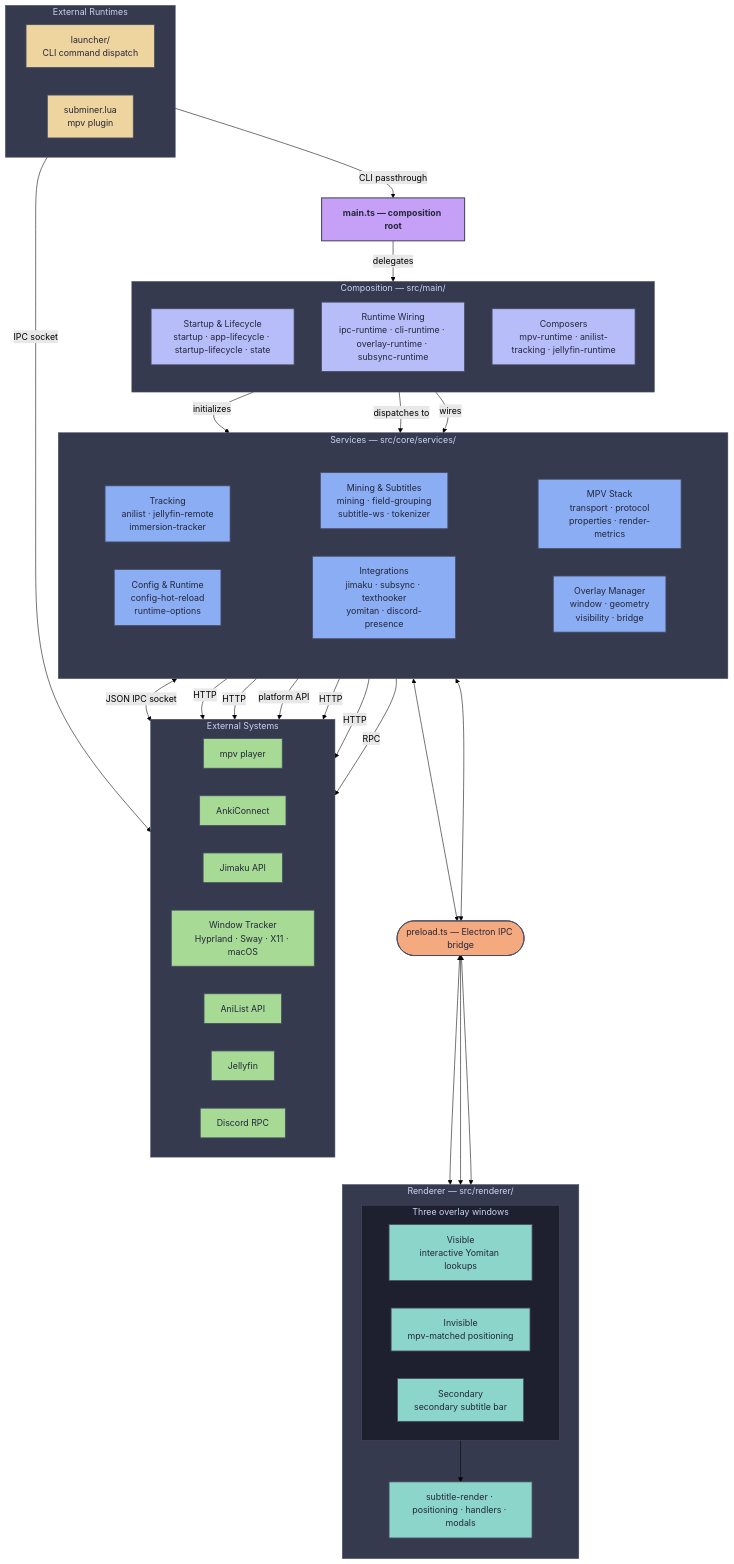
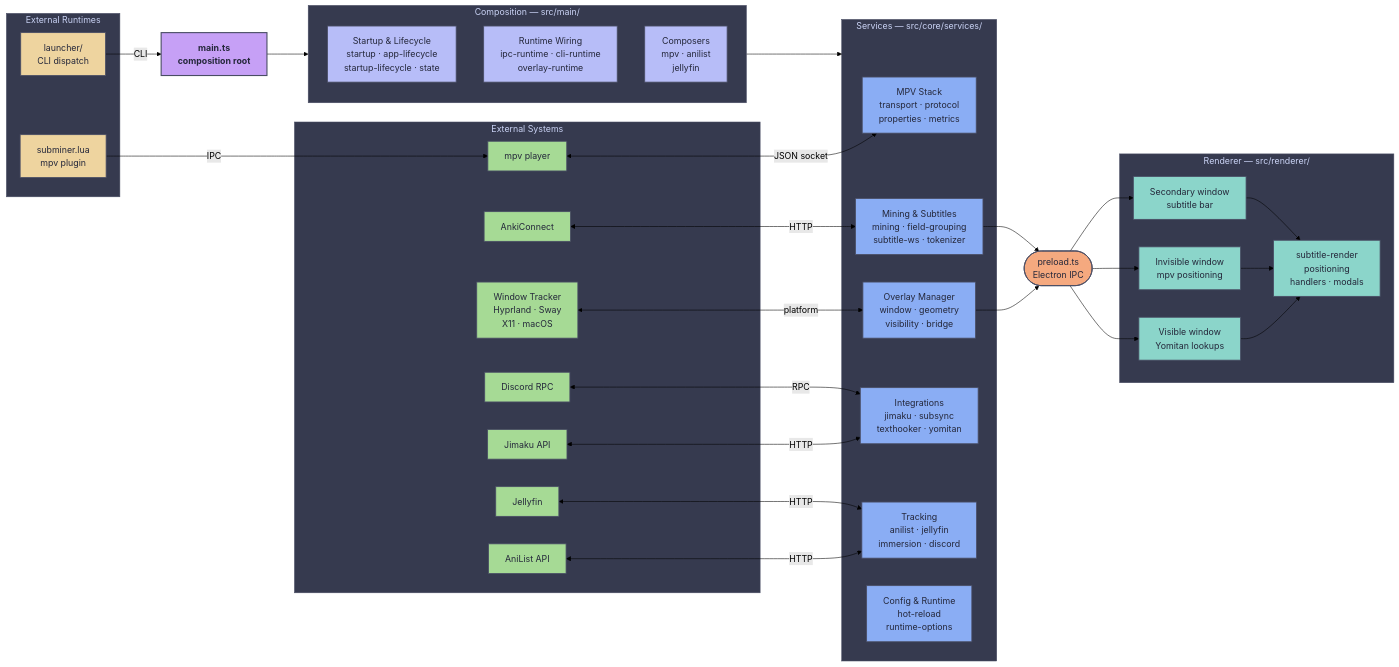
The first of 2 diagrams in docs/architecture.md (ksyasuda/SubMiner), drawn with Mermaid (forest theme) before and after one commit. The commit also changed 5 other files, not shown here.

````diff
--- a/docs/architecture.md
+++ b/docs/architecture.md
@@ -130,5 +130,5 @@
 ```mermaid
-flowchart TD
+flowchart LR
   classDef entry fill:#c6a0f6,stroke:#494d64,color:#24273a,stroke-width:2px,font-weight:bold
   classDef comp fill:#b7bdf8,stroke:#494d64,color:#24273a,stroke-width:1.5px
   classDef svc fill:#8aadf4,stroke:#494d64,color:#24273a,stroke-width:1.5px
@@ -137,94 +137,70 @@
   classDef ext fill:#a6da95,stroke:#494d64,color:#24273a,stroke-width:1.5px
   classDef extrt fill:#eed49f,stroke:#494d64,color:#24273a,stroke-width:1.5px
 
-  Main["main.ts — composition root"]:::entry
-
-  subgraph Comp["Composition — src/main/"]
-    direction TB
-    Startup["Startup & Lifecycle<br/>startup · app-lifecycle · startup-lifecycle · state"]:::comp
-    Wiring["Runtime Wiring<br/>ipc-runtime · cli-runtime · overlay-runtime · subsync-runtime"]:::comp
-    Composers["Composers<br/>mpv-runtime · anilist-tracking · jellyfin-runtime"]:::comp
-  end
-
-  subgraph Svc["Services — src/core/services/"]
-    direction TB
-    subgraph SvcRow1[" "]
-      direction LR
-      Mpv["MPV Stack<br/>transport · protocol<br/>properties · render-metrics"]:::svc
-      Overlay["Overlay Manager<br/>window · geometry<br/>visibility · bridge"]:::svc
-    end
-    subgraph SvcRow2[" "]
-      direction LR
-      Mining["Mining & Subtitles<br/>mining · field-grouping<br/>subtitle-ws · tokenizer"]:::svc
-      Integrations["Integrations<br/>jimaku · subsync · texthooker<br/>yomitan · discord-presence"]:::svc
-    end
-    subgraph SvcRow3[" "]
-      direction LR
-      Tracking["Tracking<br/>anilist · jellyfin-remote<br/>immersion-tracker"]:::svc
-      Config["Config & Runtime<br/>config-hot-reload<br/>runtime-options"]:::svc
-    end
-  end
-
-  Bridge(["preload.ts — Electron IPC bridge"]):::bridge
-
-  subgraph Rend["Renderer — src/renderer/"]
-    direction TB
-    subgraph Windows["Three overlay windows"]
-      direction LR
-      Visible["Visible<br/>interactive Yomitan lookups"]:::rend
-      Invisible["Invisible<br/>mpv-matched positioning"]:::rend
-      Secondary["Secondary<br/>secondary subtitle bar"]:::rend
-    end
-    UI["subtitle-render · positioning · handlers · modals"]:::rend
+  subgraph ExtRt["External Runtimes"]
+    Launcher["launcher/<br/>CLI dispatch"]:::extrt
+    Plugin["subminer.lua<br/>mpv plugin"]:::extrt
   end
 
   subgraph Ext["External Systems"]
-    direction LR
     mpvExt["mpv player"]:::ext
     AnkiExt["AnkiConnect"]:::ext
     JimakuExt["Jimaku API"]:::ext
-    TrackerExt["Window Tracker<br/>Hyprland · Sway · X11 · macOS"]:::ext
+    TrackerExt["Window Tracker<br/>Hyprland · Sway<br/>X11 · macOS"]:::ext
     AnilistExt["AniList API"]:::ext
     JellyfinExt["Jellyfin"]:::ext
     DiscordExt["Discord RPC"]:::ext
   end
 
-  subgraph ExtRt["External Runtimes"]
-    direction LR
-    Launcher["launcher/<br/>CLI command dispatch"]:::extrt
-    Plugin["subminer.lua<br/>mpv plugin"]:::extrt
+  Main["main.ts<br/>composition root"]:::entry
+
+  subgraph Comp["Composition — src/main/"]
+    Startup["Startup & Lifecycle<br/>startup · app-lifecycle<br/>startup-lifecycle · state"]:::comp
+    Wiring["Runtime Wiring<br/>ipc-runtime · cli-runtime<br/>overlay-runtime"]:::comp
+    Composers["Composers<br/>mpv · anilist<br/>jellyfin"]:::comp
   end
 
-  Main -->|"delegates"| Comp
-  Startup -->|"initializes"| Svc
-  Wiring -->|"dispatches to"| Svc
-  Composers -->|"wires"| Svc
+  subgraph Svc["Services — src/core/services/"]
+    Mpv["MPV Stack<br/>transport · protocol<br/>properties · metrics"]:::svc
+    Overlay["Overlay Manager<br/>window · geometry<br/>visibility · bridge"]:::svc
+    Mining["Mining & Subtitles<br/>mining · field-grouping<br/>subtitle-ws · tokenizer"]:::svc
+    Integrations["Integrations<br/>jimaku · subsync<br/>texthooker · yomitan"]:::svc
+    Tracking["Tracking<br/>anilist · jellyfin<br/>immersion · discord"]:::svc
+    Config["Config & Runtime<br/>hot-reload<br/>runtime-options"]:::svc
+  end
 
-  Overlay <-->Bridge
-  Mining <--> Bridge
-  Bridge <--> Visible
-  Bridge <--> Invisible
-  Bridge <--> Secondary
-  Windows --> UI
+  Bridge(["preload.ts<br/>Electron IPC"]):::bridge
 
-  Mpv <-->|"JSON IPC socket"| mpvExt
-  Mining -->|"HTTP"| AnkiExt
-  Integrations -->|"HTTP"| JimakuExt
-  Overlay -->|"platform API"| TrackerExt
-  Tracking -->|"HTTP"| AnilistExt
-  Tracking -->|"HTTP"| JellyfinExt
-  Integrations -->|"RPC"| DiscordExt
+  subgraph Rend["Renderer — src/renderer/"]
+    Visible["Visible window<br/>Yomitan lookups"]:::rend
+    Invisible["Invisible window<br/>mpv positioning"]:::rend
+    Secondary["Secondary window<br/>subtitle bar"]:::rend
+    UI["subtitle-render<br/>positioning<br/>handlers · modals"]:::rend
+  end
 
-  Launcher -->|"CLI passthrough"| Main
-  Plugin -->|"IPC socket"| mpvExt
+  Launcher -->|"CLI"| Main
+  Plugin -->|"IPC"| mpvExt
+
+  Main --> Comp
+  Comp --> Svc
+
+  mpvExt <-->|"JSON socket"| Mpv
+  AnkiExt <-->|"HTTP"| Mining
+  JimakuExt <-->|"HTTP"| Integrations
+  TrackerExt <-->|"platform"| Overlay
+  AnilistExt <-->|"HTTP"| Tracking
+  JellyfinExt <-->|"HTTP"| Tracking
+  DiscordExt <-->|"RPC"| Integrations
+
+  Overlay & Mining --> Bridge
+  Bridge --> Visible
+  Bridge --> Invisible
+  Bridge --> Secondary
+  Visible & Invisible & Secondary --> UI
 
   style Comp fill:#363a4f,stroke:#494d64,color:#cad3f5
   style Svc fill:#363a4f,stroke:#494d64,color:#cad3f5
-  style SvcRow1 fill:transparent,stroke:none
-  style SvcRow2 fill:transparent,stroke:none
-  style SvcRow3 fill:transparent,stroke:none
   style Rend fill:#363a4f,stroke:#494d64,color:#cad3f5
-  style Windows fill:#1e2030,stroke:#494d64,color:#cad3f5
   style Ext fill:#363a4f,stroke:#494d64,color:#cad3f5
   style ExtRt fill:#363a4f,stroke:#494d64,color:#cad3f5
 ```
````
